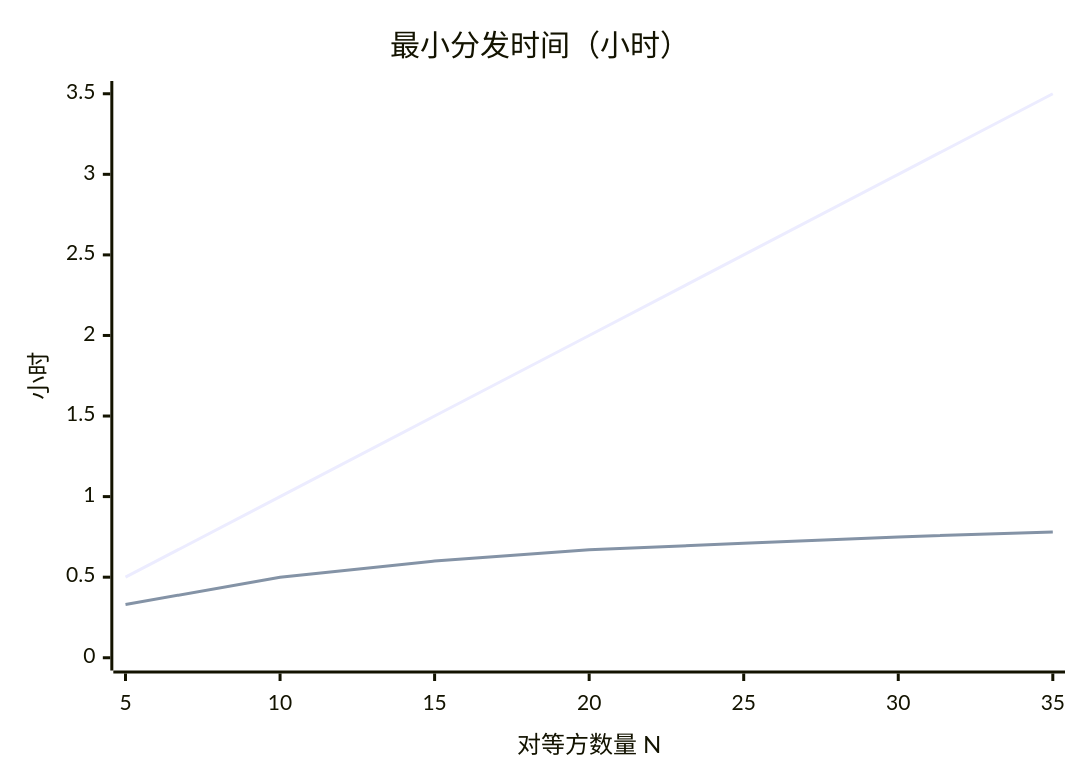
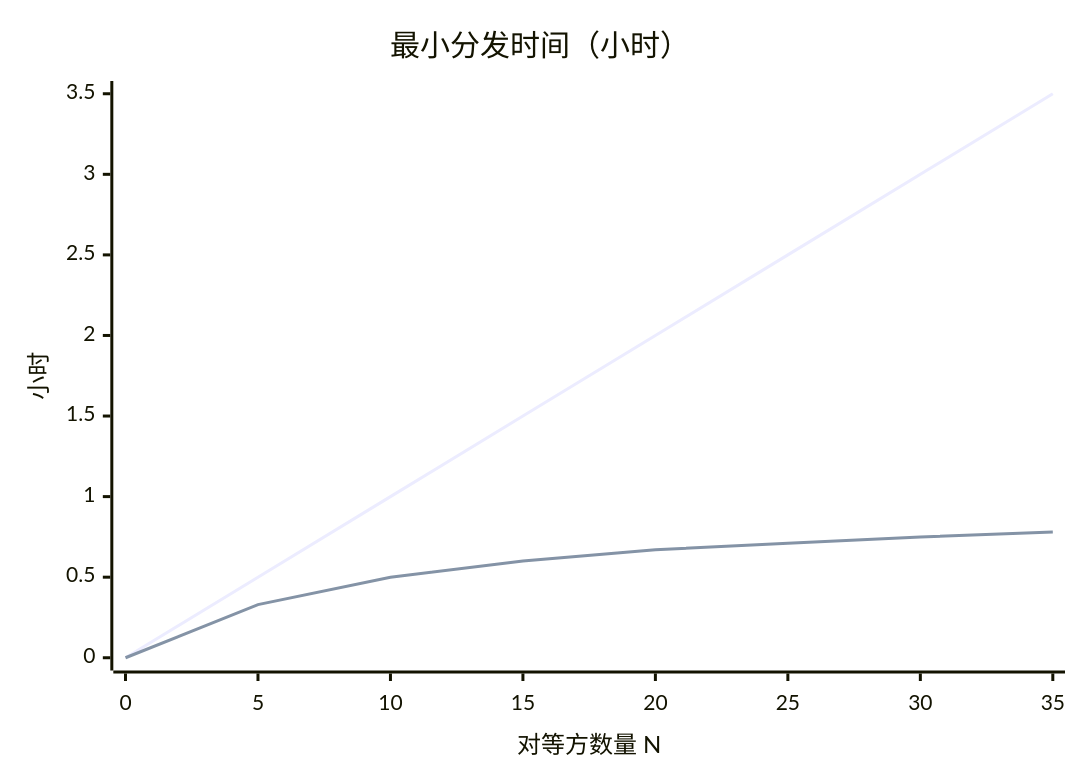
Diagram 13 of 18 in src/content/posts/应用层.md (Meer-Matze/Meer-Matze.github.io), drawn with Mermaid before and after one commit. The commit also changed other lines of this file and 1 other file, not shown here.

````diff
--- a/src/content/posts/应用层.md
+++ b/src/content/posts/应用层.md
@@ -1041,8 +996,8 @@
 ```mermaid
 xychart-beta
   title "最小分发时间（小时）"
-  x-axis "对等方数量 N" [5, 10, 15, 20, 25, 30, 35]
+  x-axis "对等方数量 N" [0, 5, 10, 15, 20, 25, 30, 35]
   y-axis "小时" 0 --> 3.5
-  line [0.5, 1.0, 1.5, 2.0, 2.5, 3.0, 3.5]
-  line [0.33, 0.5, 0.6, 0.67, 0.71, 0.75, 0.78]
+  line [0, 0.5, 1.0, 1.5, 2, 2.5, 3.0, 3.5]
+  line [0, 0.33, 0.5, 0.6, 0.67, 0.71, 0.75, 0.78]
 ```
````
